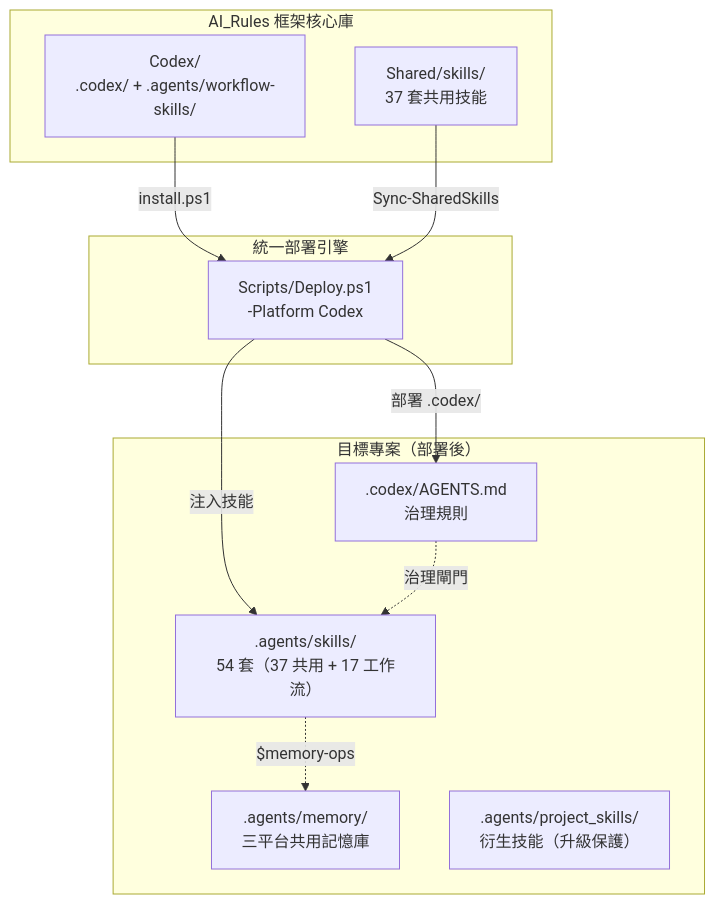
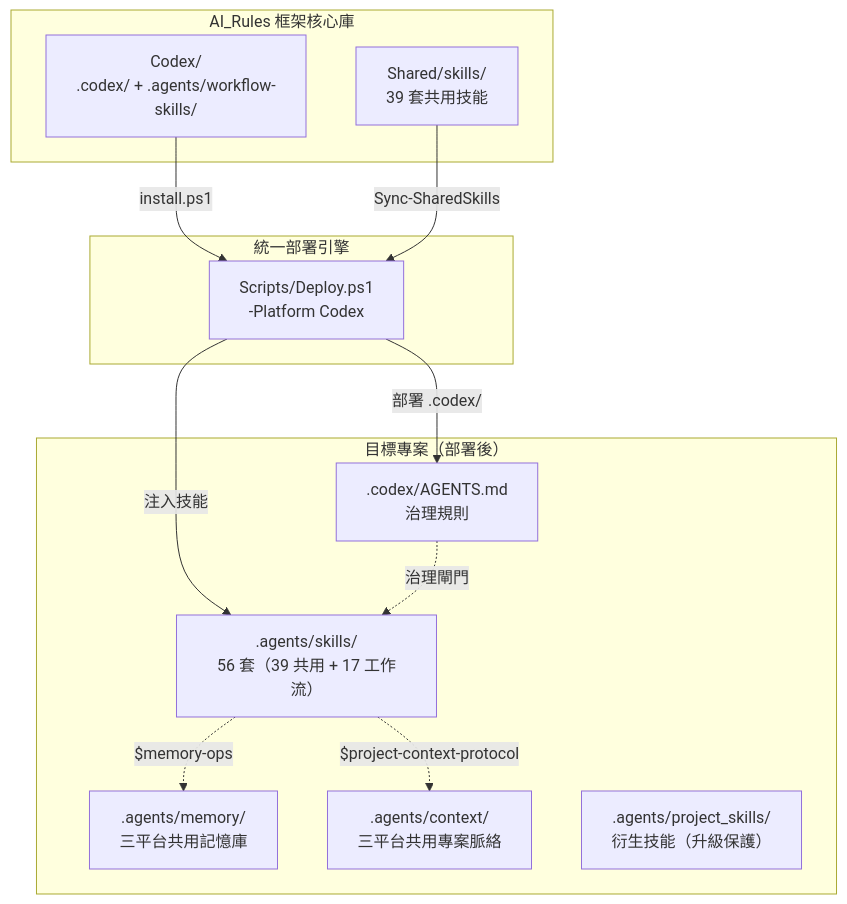
The first of 2 diagrams in Codex/README.md (Kunshao1117/AI_Rules), drawn with Mermaid before and after one commit. The commit also changed other lines of this file and 59 other files, not shown here.

````diff
--- a/Codex/README.md
+++ b/Codex/README.md
@@ -75,25 +77,27 @@
 ```mermaid
 graph TB
     subgraph "AI_Rules 框架核心庫"
         SRC["Codex/<br/>.codex/ + .agents/workflow-skills/"]
-        SH["Shared/skills/<br/>37 套共用技能"]
+        SH["Shared/skills/<br/>39 套共用技能"]
     end
 
     subgraph "統一部署引擎"
         DEPLOY["Scripts/Deploy.ps1<br/>-Platform Codex"]
     end
 
     subgraph "目標專案（部署後）"
         CODEX[".codex/AGENTS.md<br/>治理規則"]
-        SKILLS[".agents/skills/<br/>54 套（37 共用 + 17 工作流）"]
+        SKILLS[".agents/skills/<br/>56 套（39 共用 + 17 工作流）"]
         MEM[".agents/memory/<br/>三平台共用記憶庫"]
+        CTX[".agents/context/<br/>三平台共用專案脈絡"]
         PROJ[".agents/project_skills/<br/>衍生技能（升級保護）"]
     end
 
     SRC -->|"install.ps1"| DEPLOY
     SH -->|"Sync-SharedSkills"| DEPLOY
     DEPLOY -->|"部署 .codex/"| CODEX
     DEPLOY -->|"注入技能"| SKILLS
     SKILLS -.->|"$memory-ops"| MEM
+    SKILLS -.->|"$project-context-protocol"| CTX
     CODEX -.->|"治理閘門"| SKILLS
 ```
````
